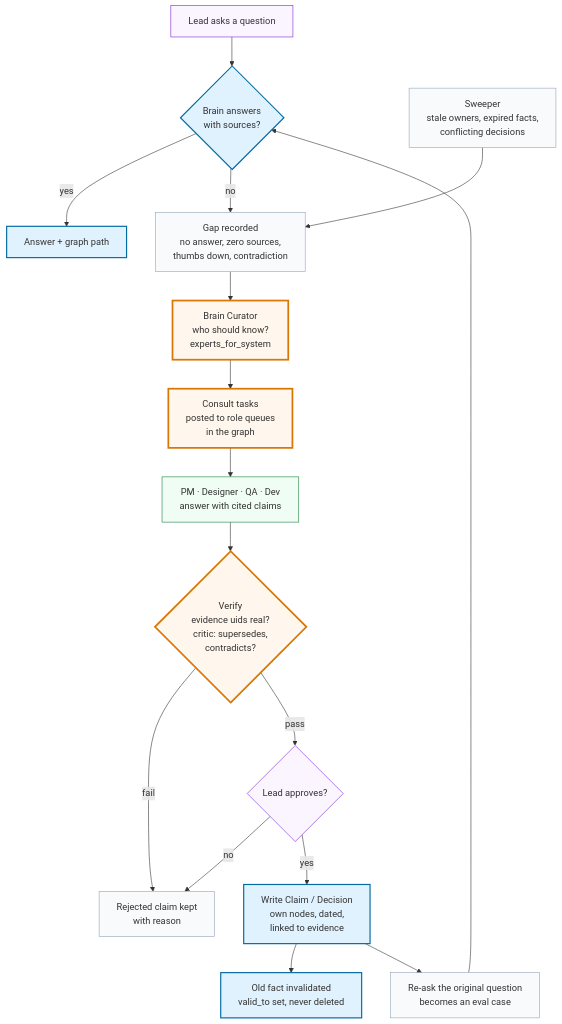
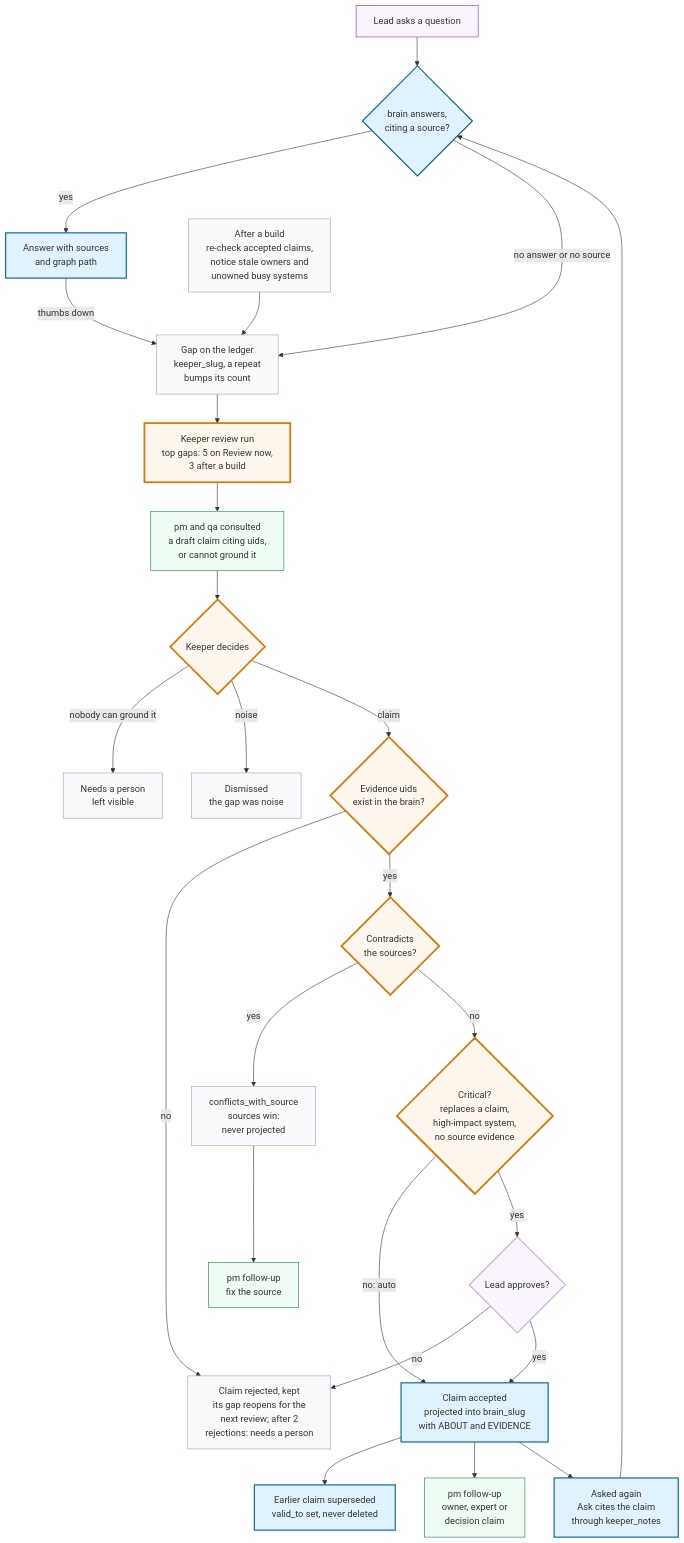
One commit to himanshu634/citadel changed the diagram in docs/architecture/self-healing-loop.mmd. Above: the diagram before and after it, drawn with Mermaid. The commit also changed 18 other files, not shown here.

Commit message:
Docs: the Keeper replaces the Brain Curator

```diff
--- a/docs/architecture/self-healing-loop.mmd
+++ b/docs/architecture/self-healing-loop.mmd
@@ -1,42 +1,58 @@
 graph TD
   Q["Lead asks a question"]
-  ANS{"Brain answers<br/>with sources?"}
-  OK["Answer + graph path"]
-  GAP["Gap recorded<br/>no answer, zero sources,<br/>thumbs down, contradiction"]
-  SWEEP["Sweeper<br/>stale owners, expired facts,<br/>conflicting decisions"]
-  CUR["Brain Curator<br/>who should know?<br/>experts_for_system"]
-  CONSULT["Consult tasks<br/>posted to role queues<br/>in the graph"]
-  ROLES["PM · Designer · QA · Dev<br/>answer with cited claims"]
-  GATE{"Verify<br/>evidence uids real?<br/>critic: supersedes,<br/>contradicts?"}
-  HUMAN{"Lead approves?"}
-  WRITE["Write Claim / Decision<br/>own nodes, dated,<br/>linked to evidence"]
-  OLD["Old fact invalidated<br/>valid_to set, never deleted"]
-  REASK["Re-ask the original question<br/>becomes an eval case"]
-  DROP["Rejected claim kept<br/>with reason"]
+  ANS{"brain answers,<br/>citing a source?"}
+  OK["Answer with sources<br/>and graph path"]
+  NOTICE["After a build<br/>re-check accepted claims,<br/>notice stale owners and<br/>unowned busy systems"]
+  GAP["Gap on the ledger<br/>keeper_slug, a repeat<br/>bumps its count"]
+  PICK["Keeper review run<br/>top gaps: 5 on Review now,<br/>3 after a build"]
+  CONSULT["pm and qa consulted<br/>a draft claim citing uids,<br/>or cannot ground it"]
+  DECIDE{"Keeper decides"}
+  PERSON["Needs a person<br/>left visible"]
+  DISMISS["Dismissed<br/>the gap was noise"]
+  EVID{"Evidence uids<br/>exist in the brain?"}
+  REJ["Claim rejected, kept<br/>its gap reopens for the<br/>next review; after 2<br/>rejections: needs a person"]
+  SRCW{"Contradicts<br/>the sources?"}
+  CONF["conflicts_with_source<br/>sources win:<br/>never projected"]
+  FIX["pm follow-up<br/>fix the source"]
+  CRIT{"Critical?<br/>replaces a claim,<br/>high-impact system,<br/>no source evidence"}
+  LEAD{"Lead approves?"}
+  ACC["Claim accepted<br/>projected into brain_slug<br/>with ABOUT and EVIDENCE"]
+  OLD["Earlier claim superseded<br/>valid_to set, never deleted"]
+  FU["pm follow-up<br/>owner, expert or<br/>decision claim"]
+  REASK["Asked again<br/>Ask cites the claim<br/>through keeper_notes"]
 
   Q --> ANS
   ANS -->|yes| OK
-  ANS -->|no| GAP
-  SWEEP --> GAP
-  GAP --> CUR
-  CUR --> CONSULT
-  CONSULT --> ROLES
-  ROLES --> GATE
-  GATE -->|fail| DROP
-  GATE -->|pass| HUMAN
-  HUMAN -->|no| DROP
-  HUMAN -->|yes| WRITE
-  WRITE --> OLD
-  WRITE --> REASK
+  ANS -->|"no answer or no source"| GAP
+  OK -->|"thumbs down"| GAP
+  NOTICE --> GAP
+  GAP --> PICK
+  PICK --> CONSULT
+  CONSULT --> DECIDE
+  DECIDE -->|"nobody can ground it"| PERSON
+  DECIDE -->|noise| DISMISS
+  DECIDE -->|claim| EVID
+  EVID -->|no| REJ
+  EVID -->|yes| SRCW
+  SRCW -->|yes| CONF
+  CONF --> FIX
+  SRCW -->|no| CRIT
+  CRIT -->|"no: auto"| ACC
+  CRIT -->|yes| LEAD
+  LEAD -->|no| REJ
+  LEAD -->|yes| ACC
+  ACC --> OLD
+  ACC --> FU
+  ACC --> REASK
   REASK --> ANS
 
-  classDef curator fill:#fff7ed,stroke:#d97706,stroke-width:3px
+  classDef keeper fill:#fff7ed,stroke:#d97706,stroke-width:3px
   classDef brain fill:#e0f2fe,stroke:#0369a1,stroke-width:2px
   classDef agent fill:#f0fdf4,stroke:#15803d
   classDef person fill:#faf5ff,stroke:#7e22ce
   classDef thin fill:#f8fafc,stroke:#94a3b8
-  class CUR,CONSULT,GATE curator
-  class ANS,OK,WRITE,OLD brain
-  class ROLES agent
-  class Q,HUMAN person
-  class GAP,SWEEP,REASK,DROP thin
+  class PICK,DECIDE,EVID,SRCW,CRIT keeper
+  class ANS,OK,ACC,OLD,REASK brain
+  class CONSULT,FIX,FU agent
+  class Q,LEAD person
+  class GAP,NOTICE,PERSON,DISMISS,REJ,CONF thin
```
